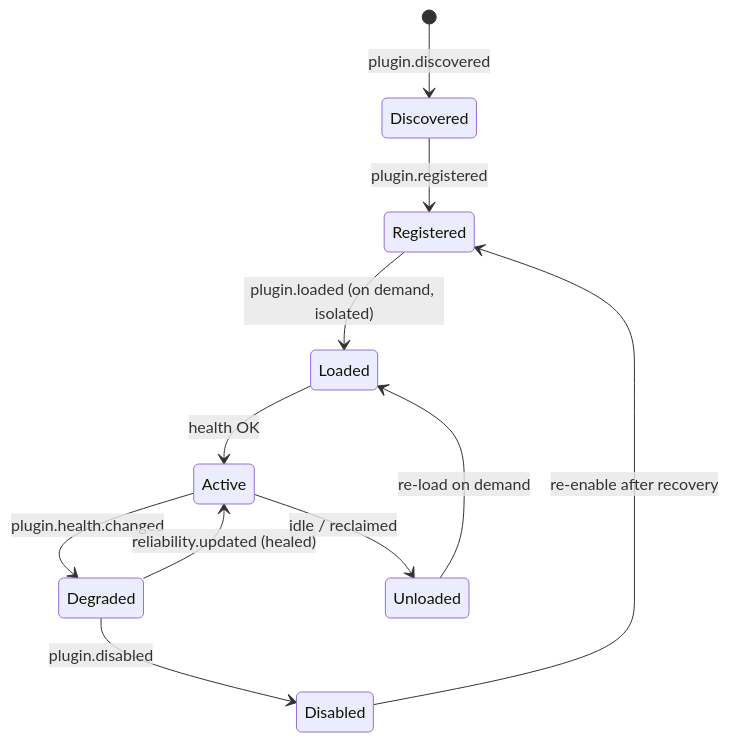
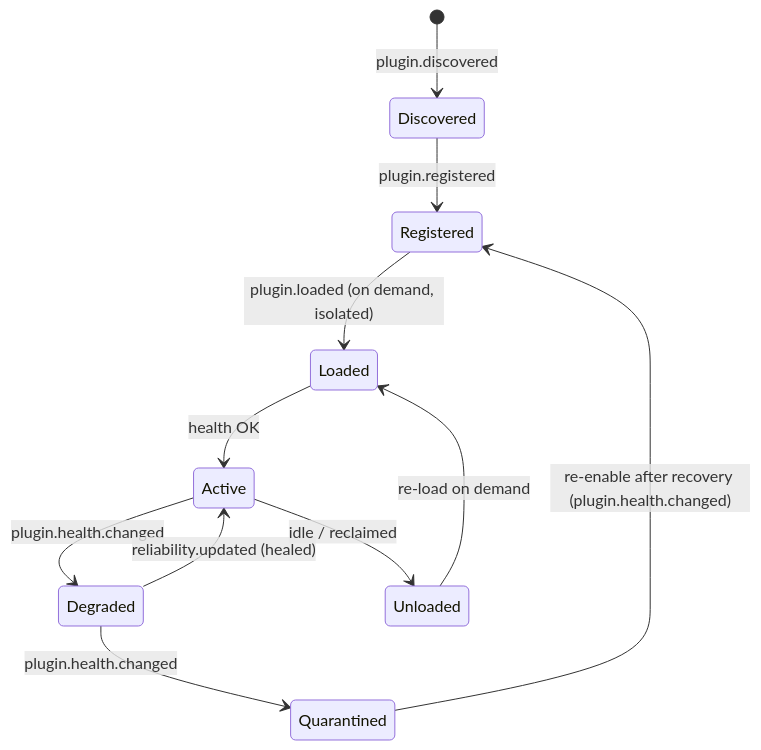
Before and after one commit to Vishnu-3727/ABSOLUTE-ZERO-2: the sixth of 10 diagrams in ARCHITECTURE.md, drawn with Mermaid. The commit also changed other lines of this file and 2 other files, not shown here.

Commit message:
docs(prt): phase 5 system integration — event canon resolved, architecture reconciled

````diff
--- a/ARCHITECTURE.md
+++ b/ARCHITECTURE.md
@@ -445,13 +446,13 @@
 ```mermaid
 stateDiagram-v2
     [*] --> Discovered: plugin.discovered
     Discovered --> Registered: plugin.registered
     Registered --> Loaded: plugin.loaded (on demand, isolated)
     Loaded --> Active: health OK
     Active --> Degraded: plugin.health.changed
     Degraded --> Active: reliability.updated (healed)
-    Degraded --> Disabled: plugin.disabled
-    Disabled --> Registered: re-enable after recovery
+    Degraded --> Quarantined: plugin.health.changed
+    Quarantined --> Registered: re-enable after recovery (plugin.health.changed)
     Active --> Unloaded: idle / reclaimed
     Unloaded --> Loaded: re-load on demand
 ```
````
